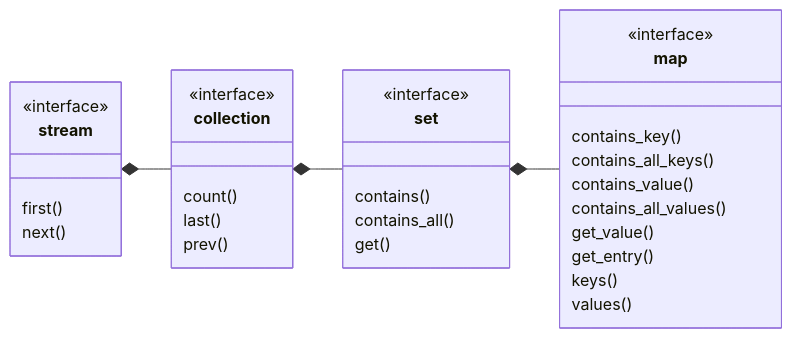
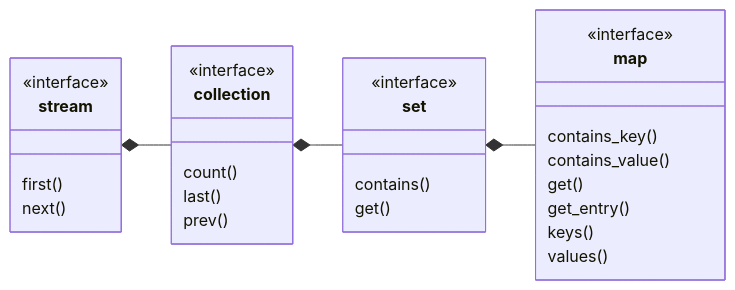
Before and after one commit to pretore/aquarium-butterflyfish: the diagram in doc/map.md, drawn with Mermaid. The commit also changed other lines of this file and 387 other files, not shown here.

````diff
--- a/doc/map.md
+++ b/doc/map.md
@@ -3,35 +3,32 @@
 ```mermaid
 classDiagram
     direction LR
     class stream {
         first()
         next()
     }
     <<interface>> stream
     class collection {
         count()
         last()
         prev()
     }
     <<interface>> collection
     stream *-- collection
     class set {
         contains()
-        contains_all()
         get()
     }
     <<interface>> set
     collection *-- set
     class map {
         contains_key()
-        contains_all_keys()
         contains_value()
-        contains_all_values()
-        get_value()
+        get()
         get_entry()
         keys()
         values()
     }
     <<interface>> map
     set *-- map
 ```
````
